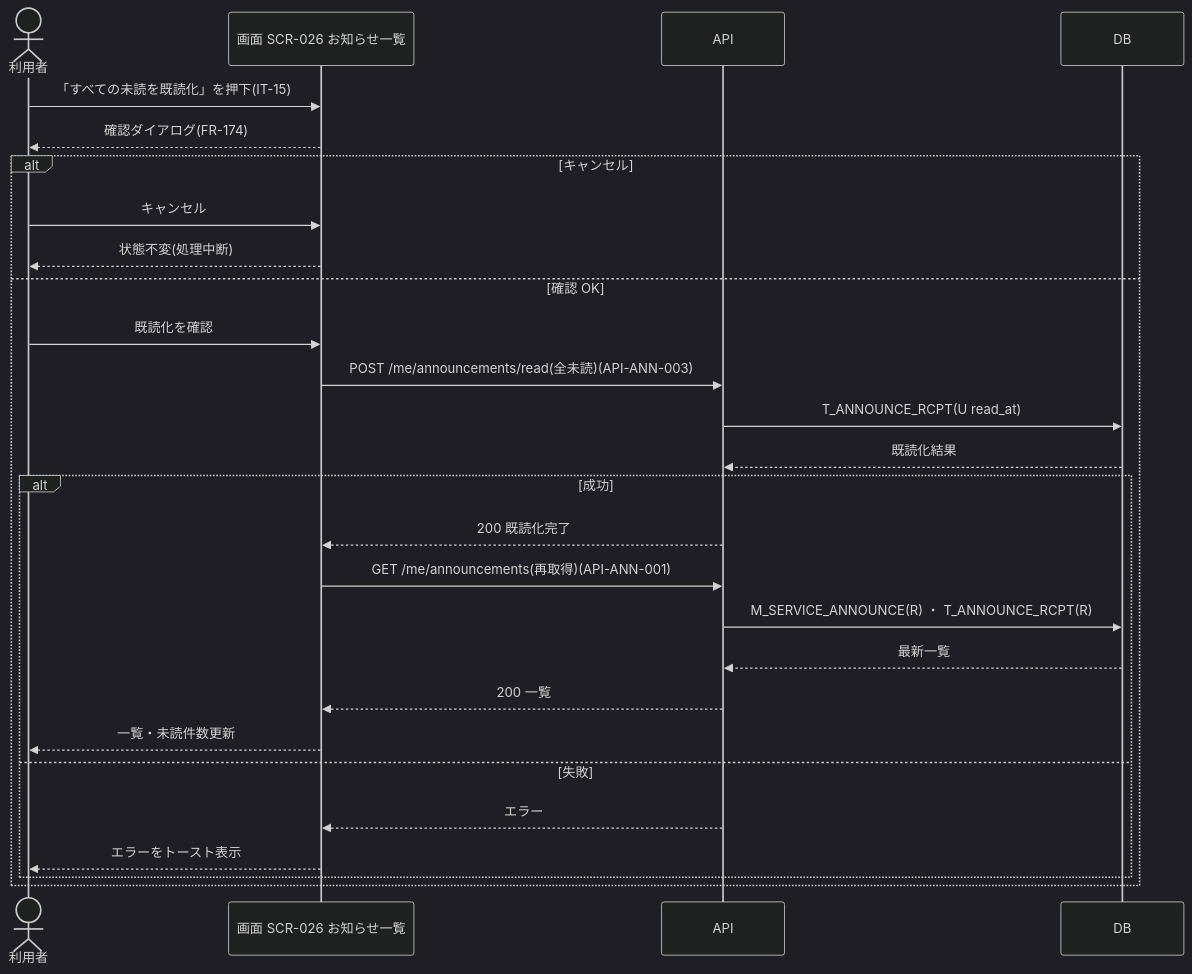
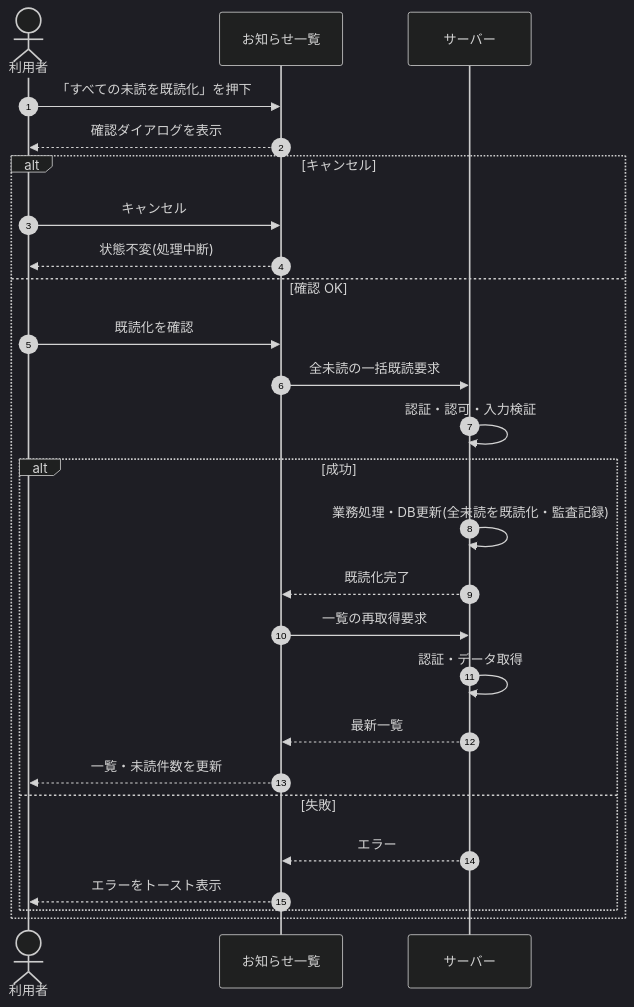
Before and after one commit to sikakou54/open-faq: the diagram in 02_basic_design/05_sequences/SEQ-061.md, drawn with Mermaid (dark theme). The commit also changed other lines of this file and 108 other files, not shown here.

First line of the commit message:
基本設計: シーケンス図を基本設計粒度(ユーザー/画面/サーバー)へ再編成

````diff
--- a/02_basic_design/05_sequences/SEQ-061.md
+++ b/02_basic_design/05_sequences/SEQ-061.md
@@ -25,29 +32,28 @@
 ```mermaid
 sequenceDiagram
+  autonumber
   actor U as 利用者
-  participant S as 画面 SCR-026 お知らせ一覧
-  participant API as API
-  participant DB as DB
-  U->>S: 「すべての未読を既読化」を押下(IT-15)
-  S-->>U: 確認ダイアログ(FR-174)
+  participant Screen as お知らせ一覧
+  participant Server as サーバー
+  U->>Screen: 「すべての未読を既読化」を押下
+  Screen-->>U: 確認ダイアログを表示
   alt キャンセル
-    U->>S: キャンセル
-    S-->>U: 状態不変(処理中断)
+    U->>Screen: キャンセル
+    Screen-->>U: 状態不変(処理中断)
   else 確認 OK
-    U->>S: 既読化を確認
-    S->>API: POST /me/announcements/read(全未読)(API-ANN-003)
-    API->>DB: T_ANNOUNCE_RCPT(U read_at)
-    DB-->>API: 既読化結果
+    U->>Screen: 既読化を確認
+    Screen->>Server: 全未読の一括既読要求
+    Server->>Server: 認証・認可・入力検証
     alt 成功
-      API-->>S: 200 既読化完了
-      S->>API: GET /me/announcements(再取得)(API-ANN-001)
-      API->>DB: M_SERVICE_ANNOUNCE(R) ・ T_ANNOUNCE_RCPT(R)
-      DB-->>API: 最新一覧
-      API-->>S: 200 一覧
-      S-->>U: 一覧・未読件数更新
+      Server->>Server: 業務処理・DB更新(全未読を既読化・監査記録)
+      Server-->>Screen: 既読化完了
+      Screen->>Server: 一覧の再取得要求
+      Server->>Server: 認証・データ取得
+      Server-->>Screen: 最新一覧
+      Screen-->>U: 一覧・未読件数を更新
     else 失敗
-      API-->>S: エラー
-      S-->>U: エラーをトースト表示
+      Server-->>Screen: エラー
+      Screen-->>U: エラーをトースト表示
     end
   end
 ```
````
